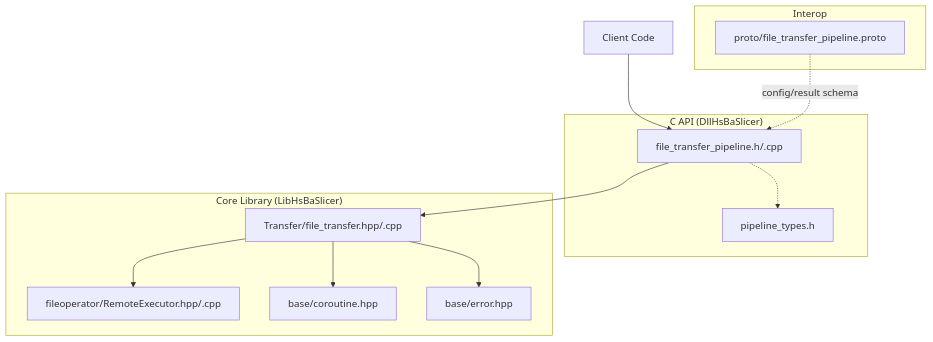
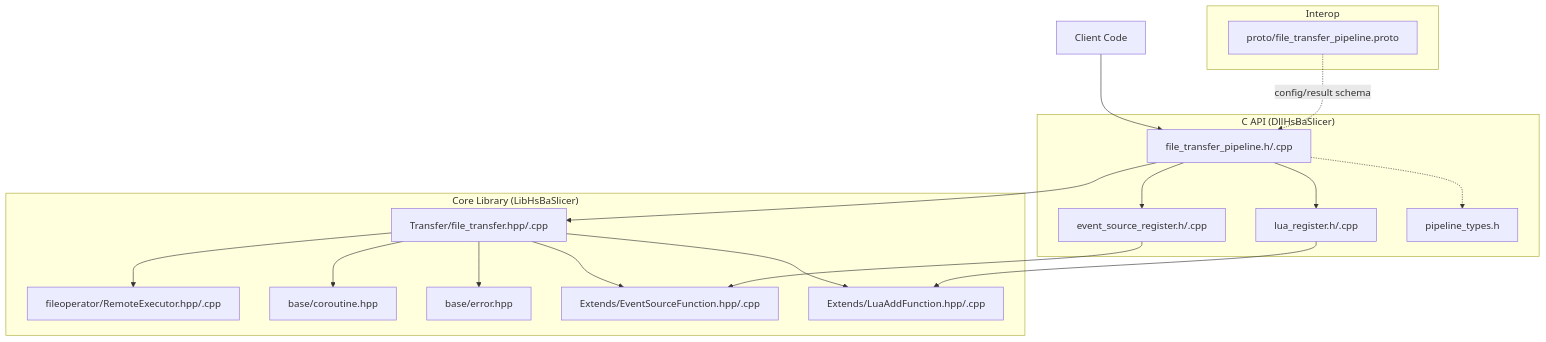
One commit to hsmbanlance/HsBaSlicer changed the first of 8 diagrams in .qoder/repowiki/en/content/Core Architecture/File Transfer Pipeline System.md. Above: the diagram before and after it, drawn with Mermaid. The commit also changed other lines of this file and 31 other files, not shown here.

First line of the commit message:
docs(architecture): 更新文档以包含事件处理系统和动态库测试

````diff
--- a/.qoder/repowiki/en/content/Core Architecture/File Transfer Pipeline System.md
+++ b/.qoder/repowiki/en/content/Core Architecture/File Transfer Pipeline System.md
@@ -43,23 +62,33 @@
 ```mermaid
 graph TB
 subgraph "C API (DllHsBaSlicer)"
 CAPI["file_transfer_pipeline.h/.cpp"]
+EventReg["event_source_register.h/.cpp"]
+LuaReg["lua_register.h/.cpp"]
 Types["pipeline_types.h"]
 end
 subgraph "Core Library (LibHsBaSlicer)"
 CoreAPI["Transfer/file_transfer.hpp/.cpp"]
 Net["fileoperator/RemoteExecutor.hpp/.cpp"]
 Coro["base/coroutine.hpp"]
 Err["base/error.hpp"]
+EventSys["Extends/EventSourceFunction.hpp/.cpp"]
+LuaExt["Extends/LuaAddFunction.hpp/.cpp"]
 end
 subgraph "Interop"
 Proto["proto/file_transfer_pipeline.proto"]
 end
 Client["Client Code"] --> CAPI
 CAPI --> CoreAPI
+CAPI --> EventReg
+CAPI --> LuaReg
 CoreAPI --> Net
 CoreAPI --> Coro
 CoreAPI --> Err
+CoreAPI --> EventSys
+CoreAPI --> LuaExt
+EventReg --> EventSys
+LuaReg --> LuaExt
 CAPI -.-> Types
 Proto -. "config/result schema" .-> CAPI
 ```
````
